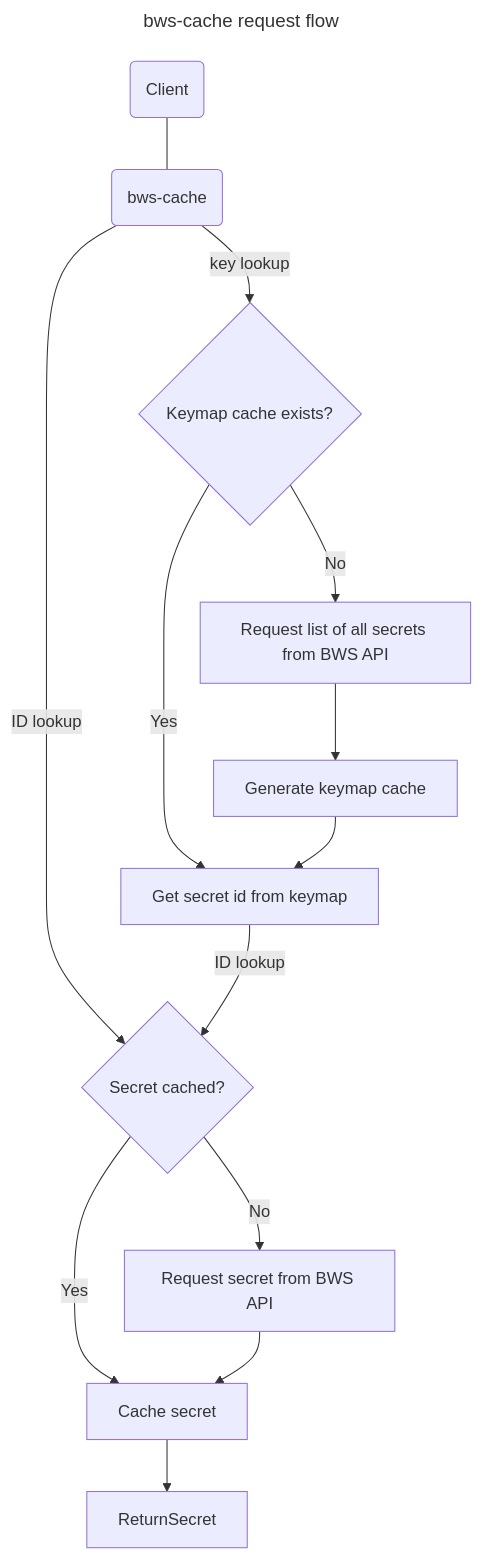
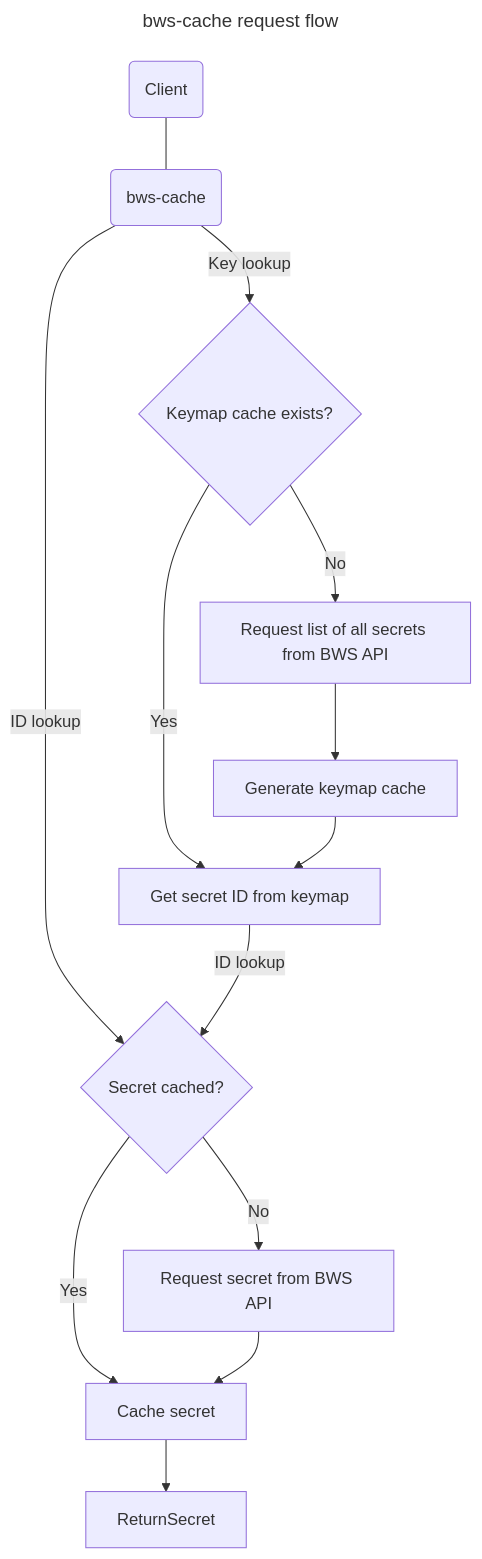
Before and after one commit to rippleFCL/bws-cache: the diagram in README.md, drawn with Mermaid.

Commit message:
fix(readme): mixed case

````diff
--- a/README.md
+++ b/README.md
@@ -107,18 +107,18 @@
 ```mermaid
 ---
 title: bws-cache request flow
 ---
 flowchart TD
     Client(Client) --- BwsCache(bws-cache)
     BwsCache -->|ID lookup| IsSecretCached{Secret cached?}
     IsSecretCached -->|No| QuerySecret[Request secret from BWS API]
     IsSecretCached -->|Yes| CacheSecret[Cache secret]
     QuerySecret --> CacheSecret[Cache secret]
     CacheSecret --> ReturnSecret
-    BwsCache -->|key lookup| IsKeyCacheExist{Keymap cache exists?}
+    BwsCache -->|Key lookup| IsKeyCacheExist{Keymap cache exists?}
     IsKeyCacheExist -->|No| QuerySecretList[Request list of all secrets from BWS API]
-    IsKeyCacheExist -->|Yes| LookupIDFromKey[Get secret id from keymap]
+    IsKeyCacheExist -->|Yes| LookupIDFromKey[Get secret ID from keymap]
     LookupIDFromKey --> |ID lookup| IsSecretCached{Secret cached?}
     QuerySecretList -->GenKeyCache[Generate keymap cache]
-    GenKeyCache --> LookupIDFromKey[Get secret id from keymap]
+    GenKeyCache --> LookupIDFromKey[Get secret ID from keymap]
 ```
````
